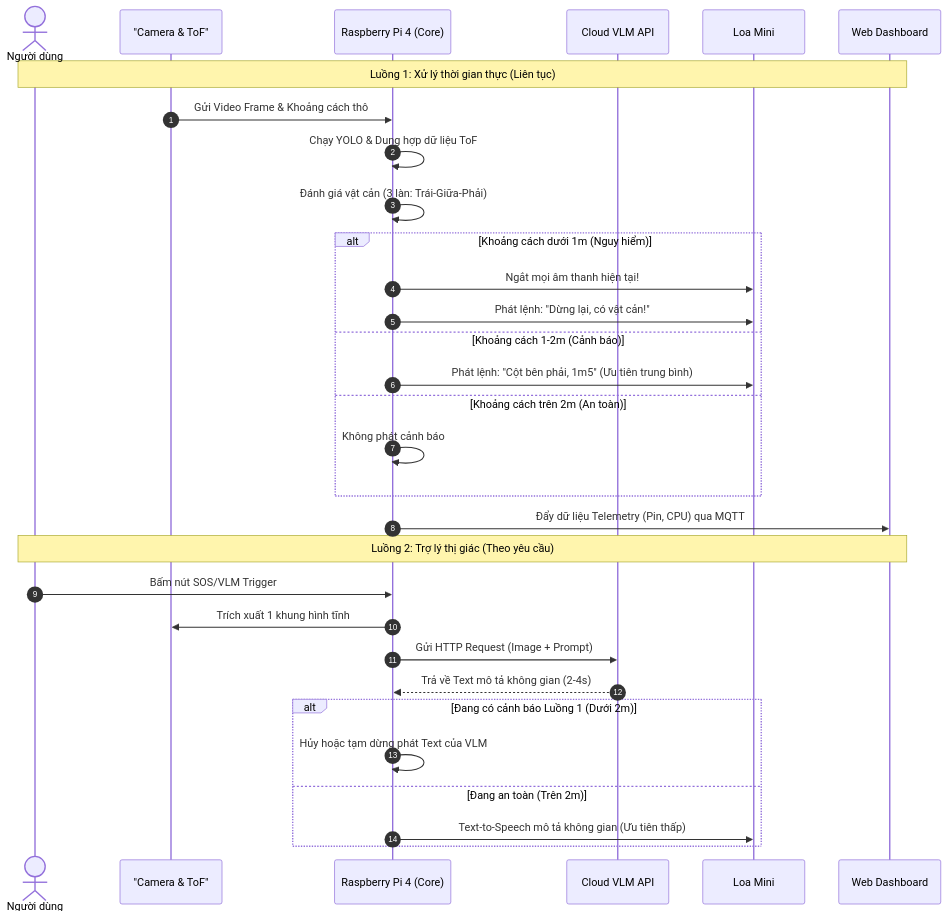
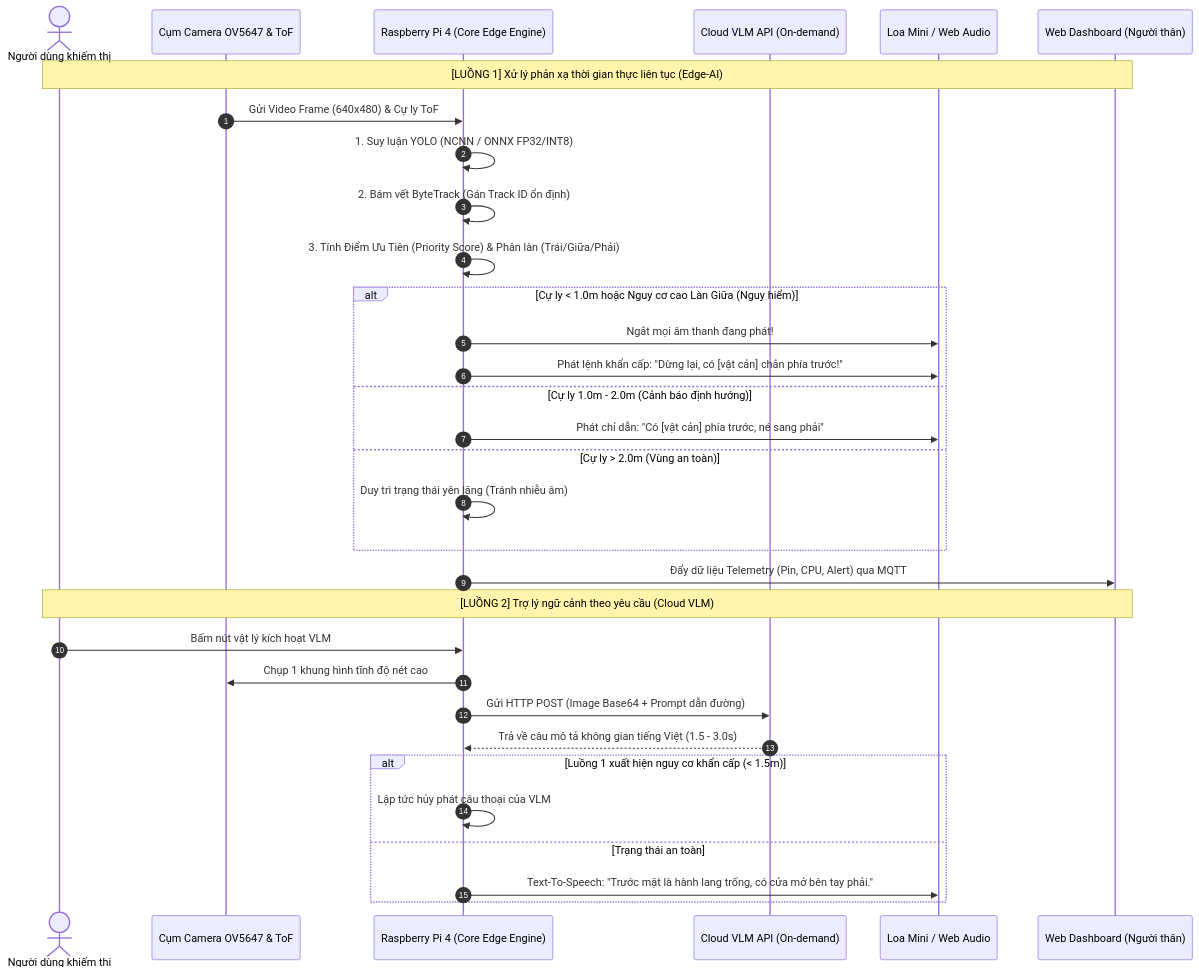
One commit to meowmeow-uwu/blind-navigation changed the diagram in README.md. Above: the diagram before and after it, drawn with Mermaid. The commit also changed other lines of this file and 28 other files, not shown here.

First line of the commit message:
feat(model-dev): bổ sung profile 640x640, gói deployment Pi 4 và báo cáo audit độc lập

````diff
--- a/README.md
+++ b/README.md
@@ -23,38 +25,38 @@
 ```mermaid
 sequenceDiagram
     autonumber
-    actor User as Người dùng
-    participant Sensor as "Camera & ToF"
-    participant RPi as Raspberry Pi 4 (Core)
-    participant VLM as Cloud VLM API
-    participant Audio as Loa Mini
-    participant Web as Web Dashboard
+    actor User as Người dùng khiếm thị
+    participant Sensor as Cụm Camera OV5647 & ToF
+    participant RPi as Raspberry Pi 4 (Core Edge Engine)
+    participant VLM as Cloud VLM API (On-demand)
+    participant Audio as Loa Mini / Web Audio
+    participant Web as Web Dashboard (Người thân)
 
-    Note over User, Web: Luồng 1: Xử lý thời gian thực (Liên tục)
-    Sensor->>RPi: Gửi Video Frame & Khoảng cách thô
-    RPi->>RPi: Chạy YOLO & Dung hợp dữ liệu ToF
-    RPi->>RPi: Đánh giá vật cản (3 làn: Trái-Giữa-Phải)
+    Note over User, Web: [LUỒNG 1] Xử lý phản xạ thời gian thực liên tục (Edge-AI)
+    Sensor->>RPi: Gửi Video Frame (640x480) & Cự ly ToF
+    RPi->>RPi: 1. Suy luận YOLO (NCNN / ONNX FP32/INT8)
+    RPi->>RPi: 2. Bám vết ByteTrack (Gán Track ID ổn định)
+    RPi->>RPi: 3. Tính Điểm Ưu Tiên (Priority Score) & Phân làn (Trái/Giữa/Phải)
     
-    alt Khoảng cách dưới 1m (Nguy hiểm)
-        RPi->>Audio: Ngắt mọi âm thanh hiện tại!
-        RPi->>Audio: Phát lệnh: "Dừng lại, có vật cản!"
-    else Khoảng cách 1-2m (Cảnh báo)
-        RPi->>Audio: Phát lệnh: "Cột bên phải, 1m5" (Ưu tiên trung bình)
-    else Khoảng cách trên 2m (An toàn)
-        RPi->>RPi: Không phát cảnh báo
+    alt Cự ly < 1.0m hoặc Nguy cơ cao Làn Giữa (Nguy hiểm)
+        RPi->>Audio: Ngắt mọi âm thanh đang phát!
+        RPi->>Audio: Phát lệnh khẩn cấp: "Dừng lại, có [vật cản] chắn phía trước!"
+    else Cự ly 1.0m - 2.0m (Cảnh báo định hướng)
+        RPi->>Audio: Phát chỉ dẫn: "Có [vật cản] phía trước, né sang phải"
+    else Cự ly > 2.0m (Vùng an toàn)
+        RPi->>RPi: Duy trì trạng thái yên lặng (Tránh nhiễu âm)
     end
-    RPi->>Web: Đẩy dữ liệu Telemetry (Pin, CPU) qua MQTT
+    RPi->>Web: Đẩy dữ liệu Telemetry (Pin, CPU, Alert) qua MQTT
 
-    Note over User, Web: Luồng 2: Trợ lý thị giác (Theo yêu cầu)
-    User->>RPi: Bấm nút SOS/VLM Trigger
-    RPi->>Sensor: Trích xuất 1 khung hình tĩnh
-    RPi->>VLM: Gửi HTTP Request (Image + Prompt)
-    VLM-->>RPi: Trả về Text mô tả không gian (2-4s)
+    Note over User, Web: [LUỒNG 2] Trợ lý ngữ cảnh theo yêu cầu (Cloud VLM)
+    User->>RPi: Bấm nút vật lý kích hoạt VLM
+    RPi->>Sensor: Chụp 1 khung hình tĩnh độ nét cao
+    RPi->>VLM: Gửi HTTP POST (Image Base64 + Prompt dẫn đường)
+    VLM-->>RPi: Trả về câu mô tả không gian tiếng Việt (1.5 - 3.0s)
     
-    alt Đang có cảnh báo Luồng 1 (Dưới 2m)
-        RPi->>RPi: Hủy hoặc tạm dừng phát Text của VLM
-    else Đang an toàn (Trên 2m)
-        RPi->>Audio: Text-to-Speech mô tả không gian (Ưu tiên thấp)
+    alt Luồng 1 xuất hiện nguy cơ khẩn cấp (< 1.5m)
+        RPi->>RPi: Lập tức hủy phát câu thoại của VLM
+    else Trạng thái an toàn
+        RPi->>Audio: Text-To-Speech: "Trước mặt là hành lang trống, có cửa mở bên tay phải."
     end
-
 ```
````
